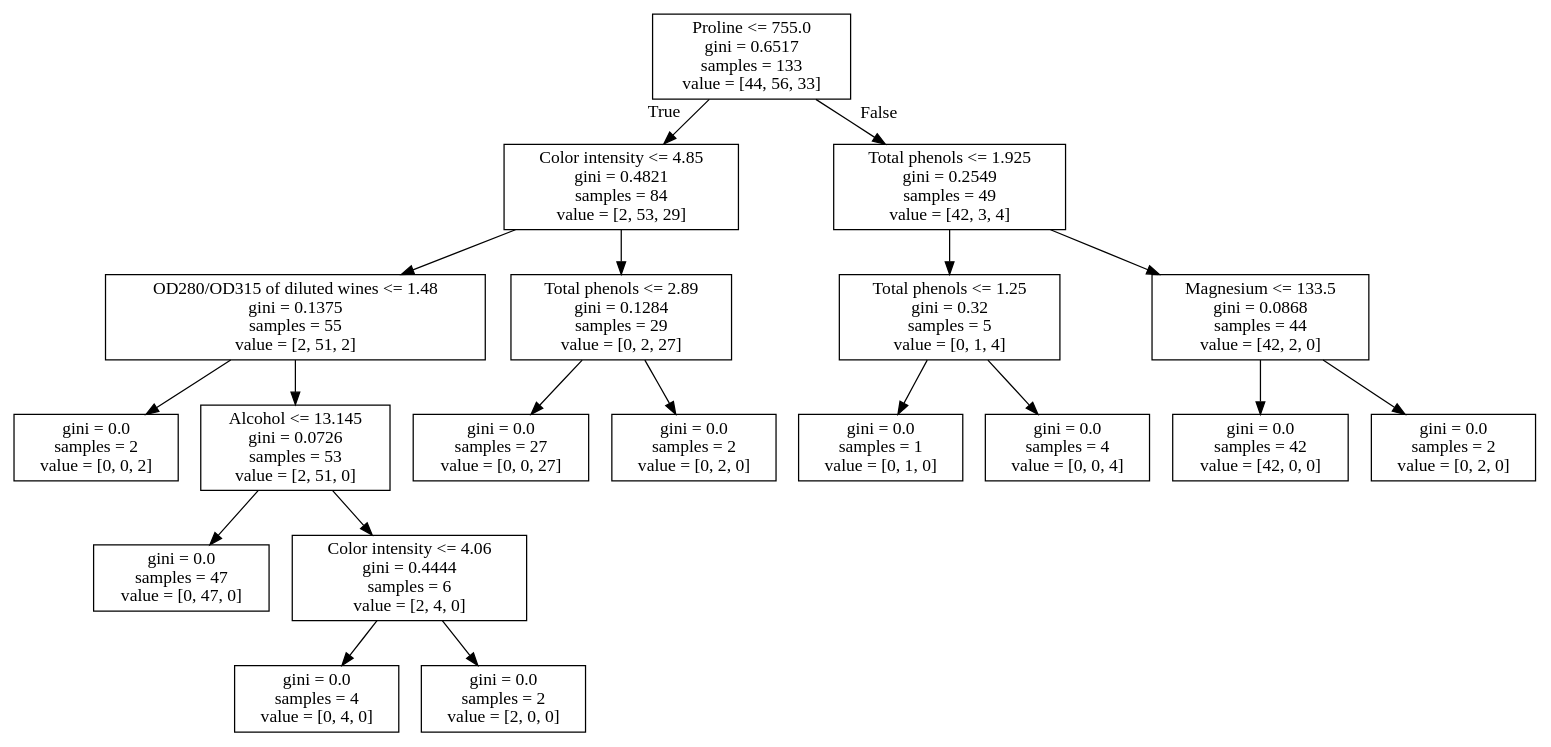
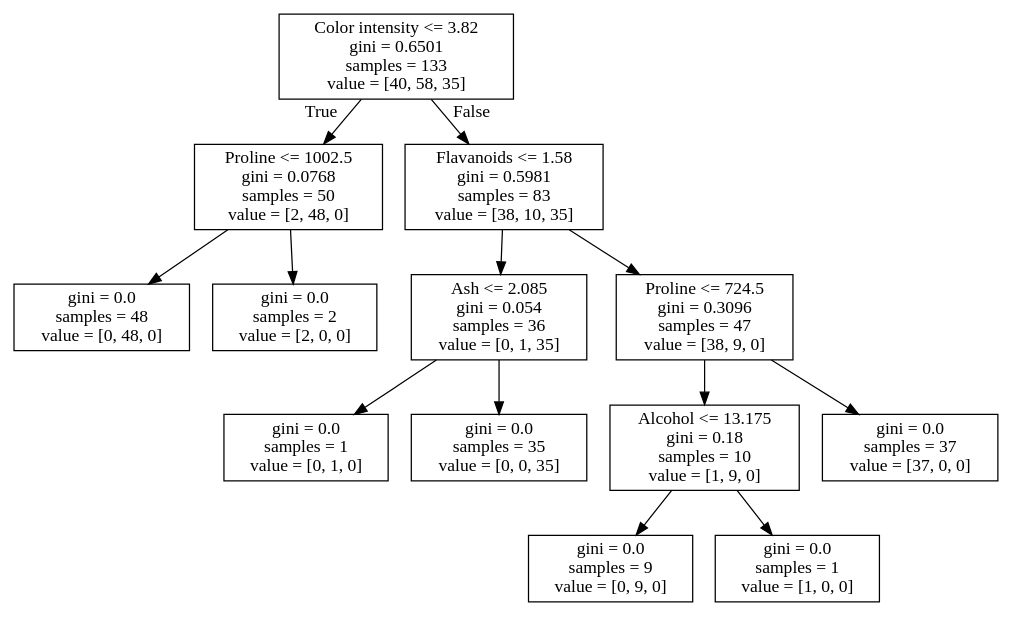
One commit to AnilKumarTeegala/DSE220_Machine_Learning changed the diagram in IPynb/workfile.dot. Above: the diagram before and after it, drawn with Graphviz. The commit also changed 4 other files, not shown here.

```diff
--- a/IPynb/workfile.dot
+++ b/IPynb/workfile.dot
@@ -1,40 +1,28 @@
 digraph Tree {
 node [shape=box] ;
-0 [label="Proline <= 755.0\ngini = 0.6517\nsamples = 133\nvalue = [44, 56, 33]"] ;
-1 [label="Color intensity <= 4.85\ngini = 0.4821\nsamples = 84\nvalue = [2, 53, 29]"] ;
+0 [label="Color intensity <= 3.82\ngini = 0.6501\nsamples = 133\nvalue = [40, 58, 35]"] ;
+1 [label="Proline <= 1002.5\ngini = 0.0768\nsamples = 50\nvalue = [2, 48, 0]"] ;
 0 -> 1 [labeldistance=2.5, labelangle=45, headlabel="True"] ;
-2 [label="OD280/OD315 of diluted wines <= 1.48\ngini = 0.1375\nsamples = 55\nvalue = [2, 51, 2]"] ;
+2 [label="gini = 0.0\nsamples = 48\nvalue = [0, 48, 0]"] ;
 1 -> 2 ;
-3 [label="gini = 0.0\nsamples = 2\nvalue = [0, 0, 2]"] ;
-2 -> 3 ;
-4 [label="Alcohol <= 13.145\ngini = 0.0726\nsamples = 53\nvalue = [2, 51, 0]"] ;
-2 -> 4 ;
-5 [label="gini = 0.0\nsamples = 47\nvalue = [0, 47, 0]"] ;
+3 [label="gini = 0.0\nsamples = 2\nvalue = [2, 0, 0]"] ;
+1 -> 3 ;
+4 [label="Flavanoids <= 1.58\ngini = 0.5981\nsamples = 83\nvalue = [38, 10, 35]"] ;
+0 -> 4 [labeldistance=2.5, labelangle=-45, headlabel="False"] ;
+5 [label="Ash <= 2.085\ngini = 0.054\nsamples = 36\nvalue = [0, 1, 35]"] ;
 4 -> 5 ;
-6 [label="Color intensity <= 4.06\ngini = 0.4444\nsamples = 6\nvalue = [2, 4, 0]"] ;
-4 -> 6 ;
-7 [label="gini = 0.0\nsamples = 4\nvalue = [0, 4, 0]"] ;
-6 -> 7 ;
-8 [label="gini = 0.0\nsamples = 2\nvalue = [2, 0, 0]"] ;
-6 -> 8 ;
-9 [label="Total phenols <= 2.89\ngini = 0.1284\nsamples = 29\nvalue = [0, 2, 27]"] ;
-1 -> 9 ;
-10 [label="gini = 0.0\nsamples = 27\nvalue = [0, 0, 27]"] ;
+6 [label="gini = 0.0\nsamples = 1\nvalue = [0, 1, 0]"] ;
+5 -> 6 ;
+7 [label="gini = 0.0\nsamples = 35\nvalue = [0, 0, 35]"] ;
+5 -> 7 ;
+8 [label="Proline <= 724.5\ngini = 0.3096\nsamples = 47\nvalue = [38, 9, 0]"] ;
+4 -> 8 ;
+9 [label="Alcohol <= 13.175\ngini = 0.18\nsamples = 10\nvalue = [1, 9, 0]"] ;
+8 -> 9 ;
+10 [label="gini = 0.0\nsamples = 9\nvalue = [0, 9, 0]"] ;
 9 -> 10 ;
-11 [label="gini = 0.0\nsamples = 2\nvalue = [0, 2, 0]"] ;
+11 [label="gini = 0.0\nsamples = 1\nvalue = [1, 0, 0]"] ;
 9 -> 11 ;
-12 [label="Total phenols <= 1.925\ngini = 0.2549\nsamples = 49\nvalue = [42, 3, 4]"] ;
-0 -> 12 [labeldistance=2.5, labelangle=-45, headlabel="False"] ;
-13 [label="Total phenols <= 1.25\ngini = 0.32\nsamples = 5\nvalue = [0, 1, 4]"] ;
-12 -> 13 ;
-14 [label="gini = 0.0\nsamples = 1\nvalue = [0, 1, 0]"] ;
-13 -> 14 ;
-15 [label="gini = 0.0\nsamples = 4\nvalue = [0, 0, 4]"] ;
-13 -> 15 ;
-16 [label="Magnesium <= 133.5\ngini = 0.0868\nsamples = 44\nvalue = [42, 2, 0]"] ;
-12 -> 16 ;
-17 [label="gini = 0.0\nsamples = 42\nvalue = [42, 0, 0]"] ;
-16 -> 17 ;
-18 [label="gini = 0.0\nsamples = 2\nvalue = [0, 2, 0]"] ;
-16 -> 18 ;
+12 [label="gini = 0.0\nsamples = 37\nvalue = [37, 0, 0]"] ;
+8 -> 12 ;
 }
```
